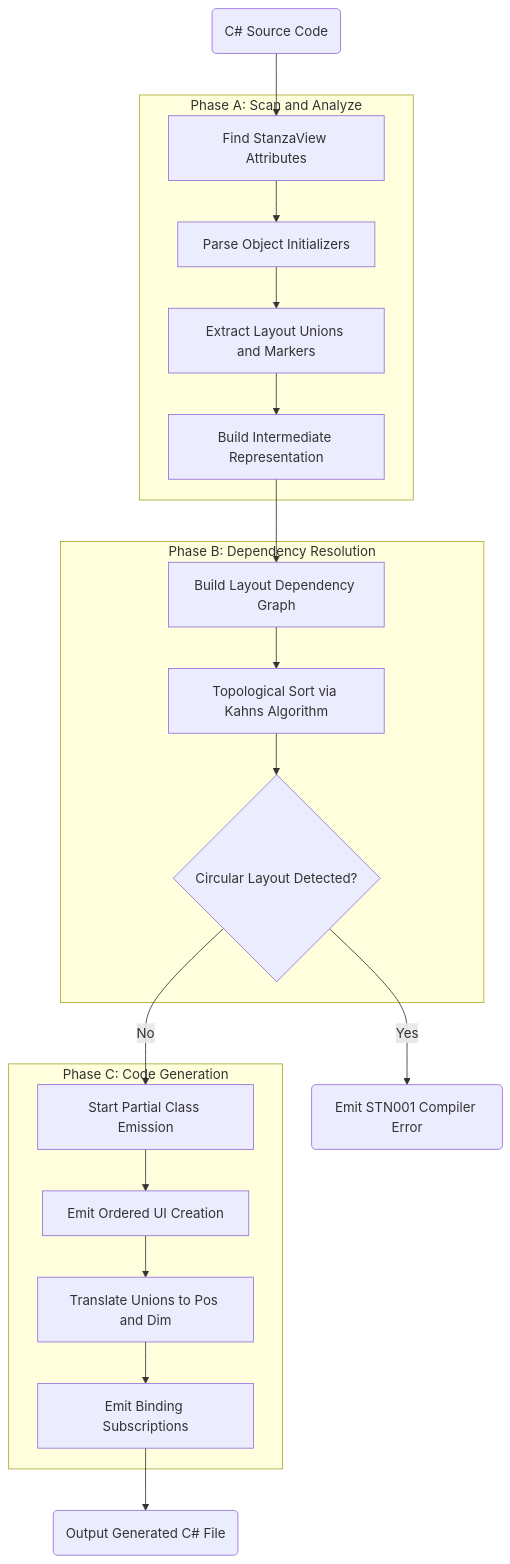
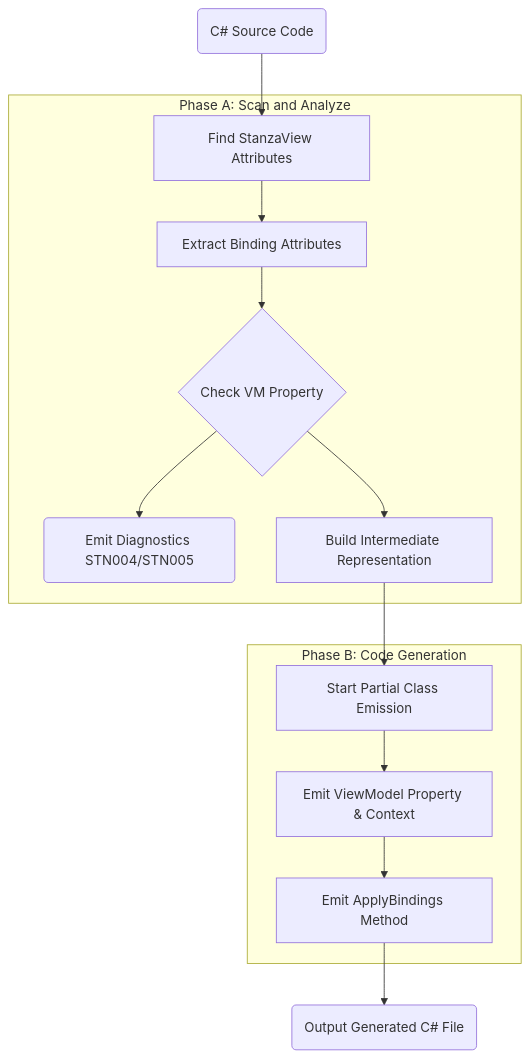
Before and after one commit to jamesshenry/Terminal.Gui.Stanza: the first of 2 diagrams in docs/03-generator-lifecycle.md, drawn with Mermaid. The commit also changed other lines of this file and 34 other files, not shown here.

First line of the commit message:
feat: enable binding generation with binding attributes

````diff
--- a/docs/03-generator-lifecycle.md
+++ b/docs/03-generator-lifecycle.md
@@ -40,45 +24,33 @@
 ```mermaid
 graph TD
   %% Node Definitions
   Source(C# Source Code)
   Scan[Find StanzaView Attributes]
-  Parse[Parse Object Initializers]
-  Extract[Extract Layout Unions and Markers]
+  Extract[Extract Binding Attributes]
+  Check{Check VM Property}
+  Diag(Emit Diagnostics STN004/STN005)
   BuildIR[Build Intermediate Representation]
-  Graph[Build Layout Dependency Graph]
-  Topo[Topological Sort via Kahns Algorithm]
-  CycleCheck{Circular Layout Detected?}
-  STN001(Emit STN001 Compiler Error)
   EmitStart[Start Partial Class Emission]
-  EmitUI[Emit Ordered UI Creation]
-  EmitLayout[Translate Unions to Pos and Dim]
-  EmitBind[Emit Binding Subscriptions]
+  EmitPlumbing[Emit ViewModel Property & Context]
+  EmitBind[Emit ApplyBindings Method]
   Output(Output Generated C# File)
 
   %% Flow and Subgraphs
   Source --> Scan
 
   subgraph Phase A: Scan and Analyze
-      Scan --> Parse
-      Parse --> Extract
-      Extract --> BuildIR
+      Scan --> Extract
+      Extract --> Check
+      Check --> Diag
+      Check --> BuildIR
   end
 
-  BuildIR --> Graph
+  BuildIR --> EmitStart
 
-  subgraph Phase B: Dependency Resolution
-      Graph --> Topo
-      Topo --> CycleCheck
-  end
-
-  CycleCheck -- Yes --> STN001
-  CycleCheck -- No --> EmitStart
-
-  subgraph Phase C: Code Generation
-      EmitStart --> EmitUI
-      EmitUI --> EmitLayout
-      EmitLayout --> EmitBind
+  subgraph Phase B: Code Generation
+      EmitStart --> EmitPlumbing
+      EmitPlumbing --> EmitBind
   end
 
   EmitBind --> Output
 ```
````
